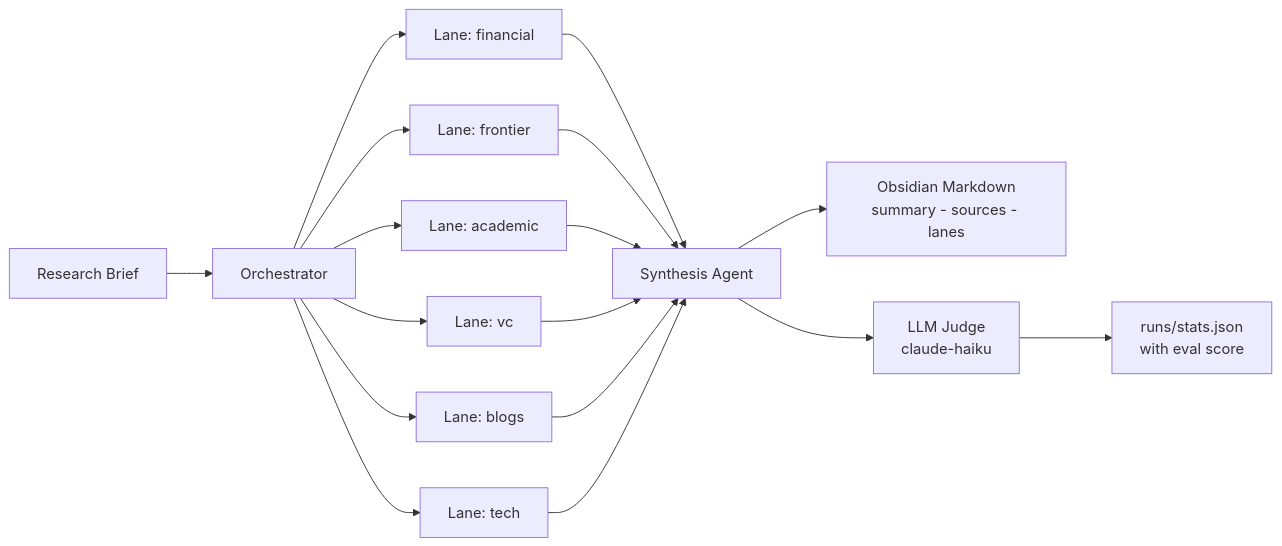
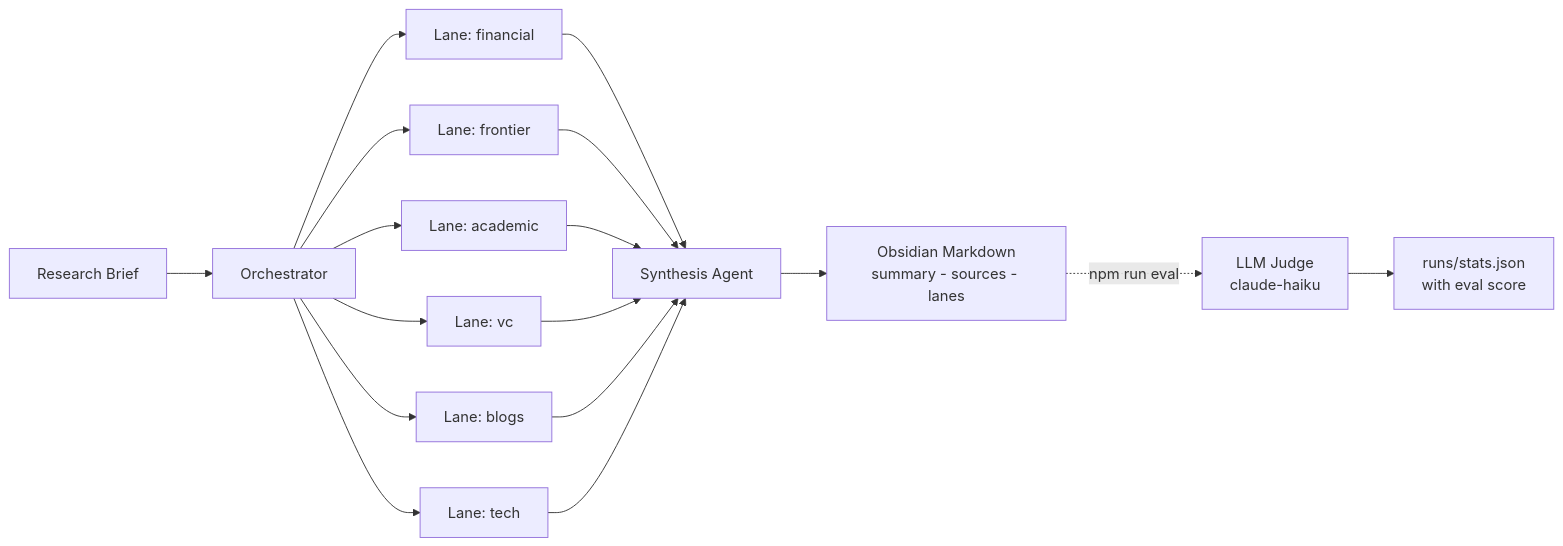
One commit to aw-pr/research-sweeper changed the diagram in README.md. Above: the diagram before and after it, drawn with Mermaid. The commit also changed other lines of this file, not shown here.

Commit message:
docs(readme): the LLM judge is a separate eval step
research-sweep.ts never calls the judge; scoring runs only through
`npm run eval` against a finished summary and sources file. The bullet said
each sweep is evaluated and the diagram drew the judge as a stage after
synthesis. Draw it as an optional step off the output instead.

Claude-Session: https://claude.ai/code/session_01G6yaZKqJNMXxcsDvewC88B
Publish-Sync-Source: fa26d674cd599a68d821fd95a96952c9df1971e8

````diff
--- a/README.md
+++ b/README.md
@@ -15,14 +15,14 @@
 ```mermaid
 flowchart LR
     Brief[Research Brief] --> Orch[Orchestrator]
     Orch --> L1[Lane: financial]
     Orch --> L2[Lane: frontier]
     Orch --> L3[Lane: academic]
     Orch --> L4[Lane: vc]
     Orch --> L5[Lane: blogs]
     Orch --> L6[Lane: tech]
     L1 & L2 & L3 & L4 & L5 & L6 --> Synth[Synthesis Agent]
     Synth --> Out[Obsidian Markdown<br/>summary - sources - lanes]
-    Synth --> Eval[LLM Judge<br/>claude-haiku]
+    Out -. npm run eval .-> Eval[LLM Judge<br/>claude-haiku]
     Eval --> Stats[runs/stats.json<br/>with eval score]
 ```
````
